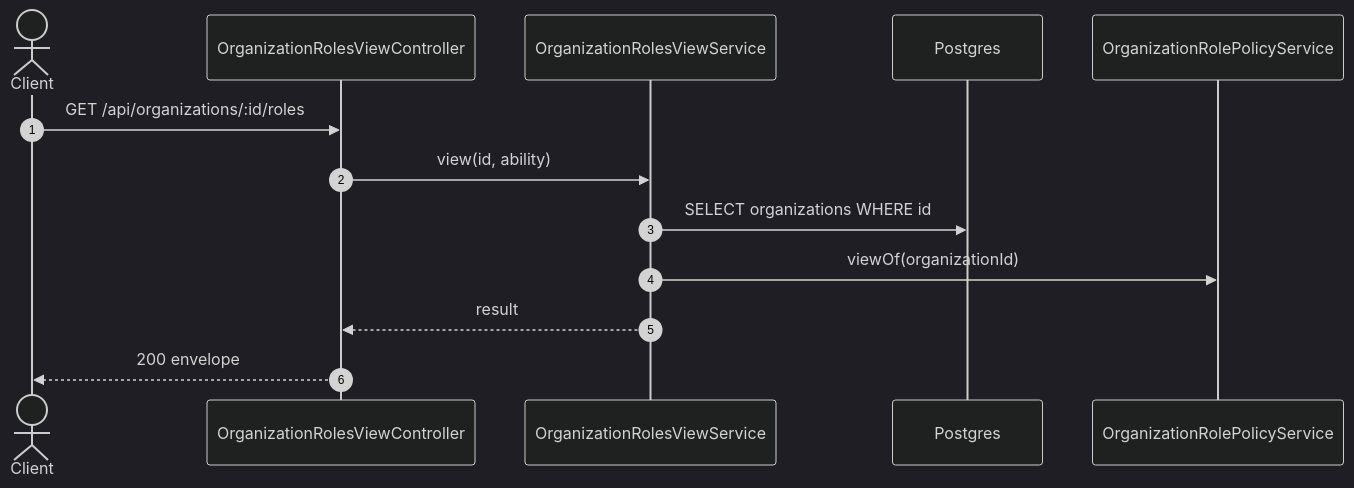
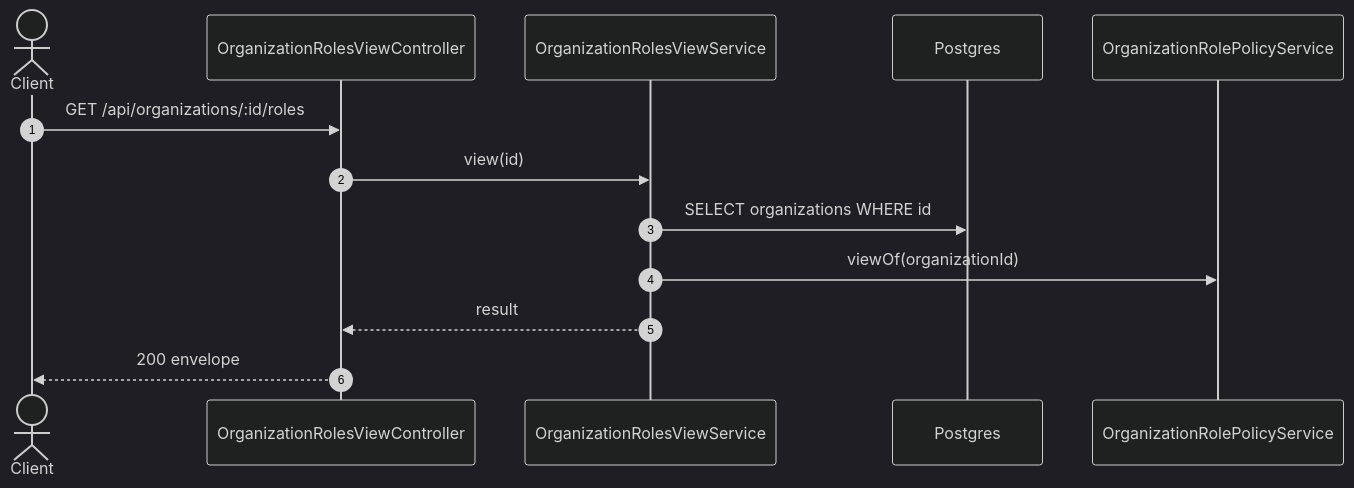
Before and after one commit to TrekLink-Team/treklink-web: the second of 2 diagrams in specs/organizations/api-design/33-get-organizations-id-roles.md, drawn with Mermaid (dark theme). The commit also changed other lines of this file and 8 other files, not shown here.

````diff
--- a/specs/organizations/api-design/33-get-organizations-id-roles.md
+++ b/specs/organizations/api-design/33-get-organizations-id-roles.md
@@ -150,15 +148,15 @@
 ```mermaid
 sequenceDiagram
     autonumber
     actor C as Client
     participant Ctl as OrganizationRolesViewController
     participant Svc as OrganizationRolesViewService
     participant DB as Postgres
     participant Auth as OrganizationRolePolicyService
     C->>Ctl: GET /api/organizations/:id/roles
-    Ctl->>Svc: view(id, ability)
+    Ctl->>Svc: view(id)
     Svc->>DB: SELECT organizations WHERE id
     Svc->>Auth: viewOf(organizationId)
     Svc-->>Ctl: result
     Ctl-->>C: 200 envelope
 ```
````
